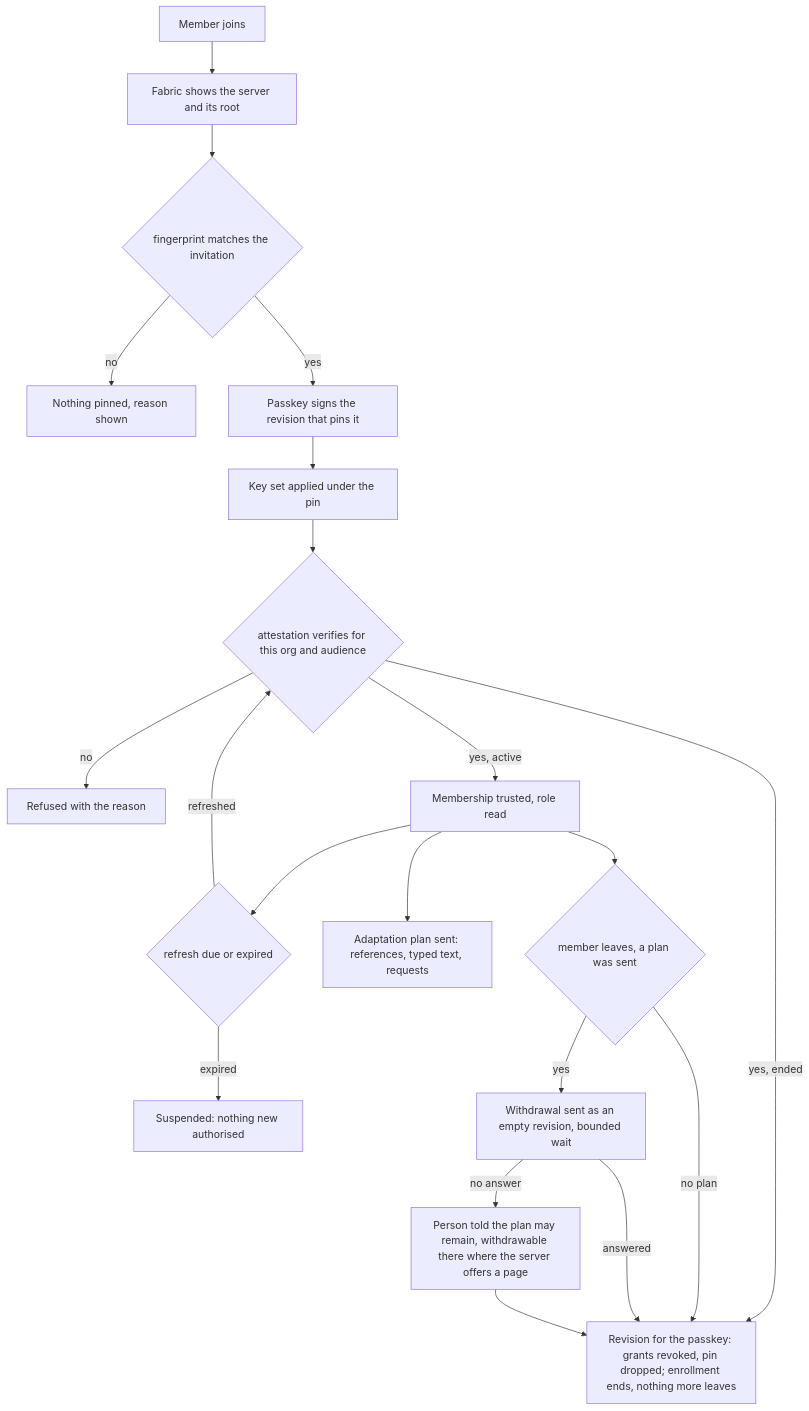
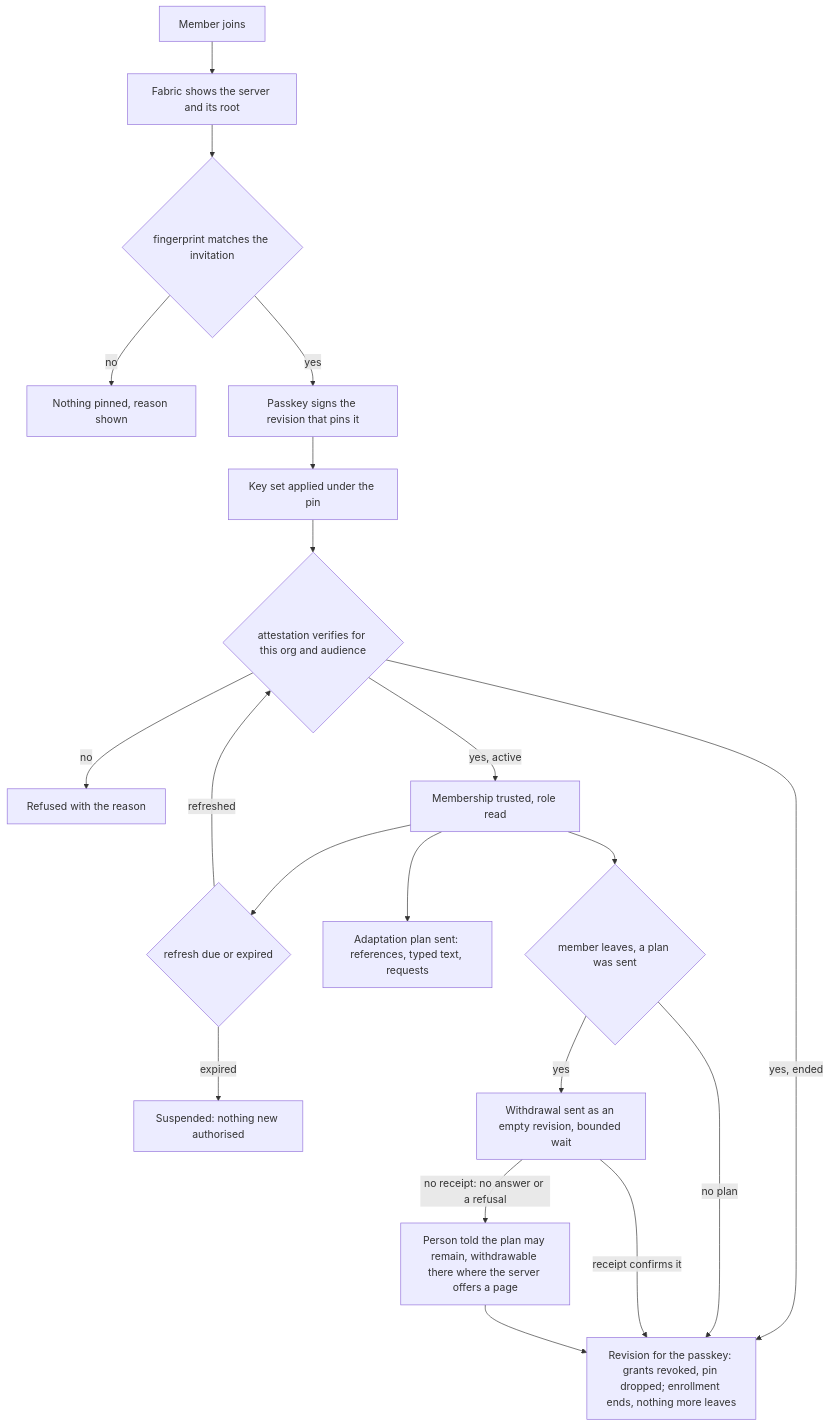
Before and after one commit to passioncode-ai/fabric-agent-contract: diagram 32 of 32 in docs/ux/flows.md, drawn with Mermaid. The commit also changed 11 other files, not shown here.

````diff
--- a/docs/ux/flows.md
+++ b/docs/ux/flows.md
@@ -805,22 +805,22 @@
 ```mermaid
 flowchart TD
   J[Member joins] --> P[Fabric shows the server and its root]
   P --> C{fingerprint matches the invitation}
   C -->|no| N[Nothing pinned, reason shown]
   C -->|yes| S[Passkey signs the revision that pins it]
   S --> K[Key set applied under the pin]
   K --> A{attestation verifies for this org and audience}
   A -->|no| R[Refused with the reason]
   A -->|yes, active| T[Membership trusted, role read]
   A -->|yes, ended| E[Revision for the passkey: grants revoked, pin dropped; enrollment ends, nothing more leaves]
   T --> F{refresh due or expired}
   F -->|refreshed| A
   F -->|expired| U[Suspended: nothing new authorised]
   T --> D[Adaptation plan sent: references, typed text, requests]
   T --> L{member leaves, a plan was sent}
   L -->|no plan| E
   L -->|yes| W[Withdrawal sent as an empty revision, bounded wait]
-  W -->|answered| E
-  W -->|no answer| M[Person told the plan may remain, withdrawable there where the server offers a page]
+  W -->|receipt confirms it| E
+  W -->|no receipt: no answer or a refusal| M[Person told the plan may remain, withdrawable there where the server offers a page]
   M --> E
 ```
````
